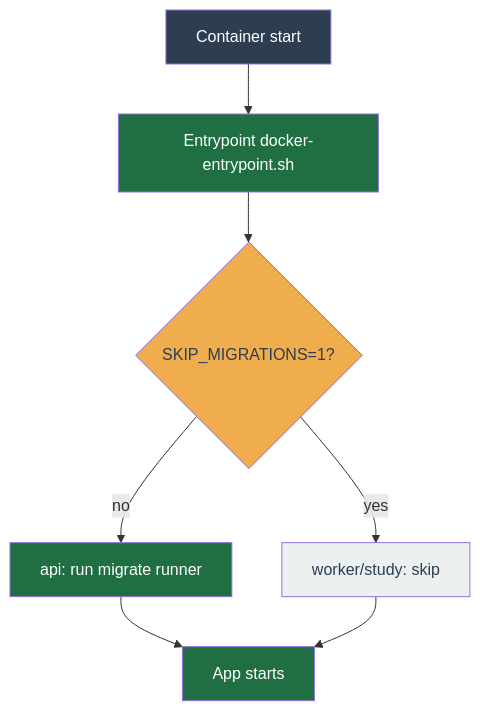
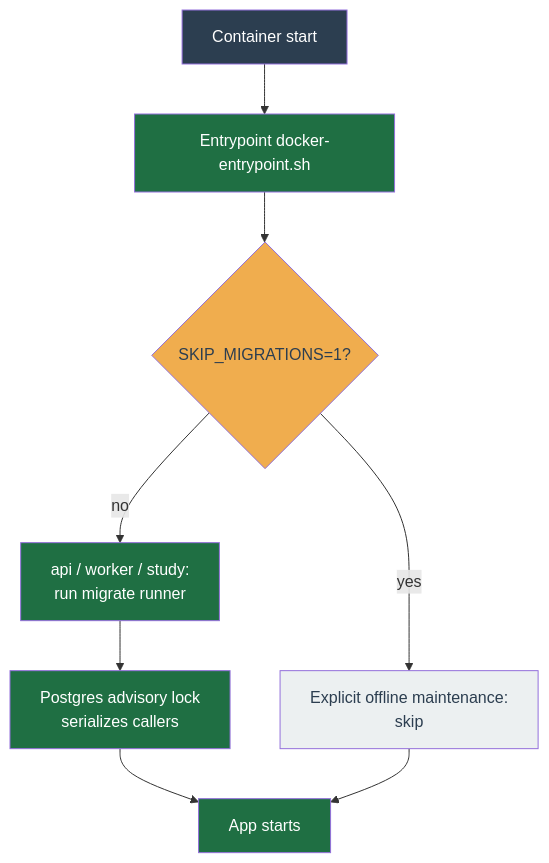
Before and after one commit to chrisleekr/binance-trading-bot: the diagram in docs/operations/deploy.md, drawn with Mermaid. The commit also changed other lines of this file and 556 other files, not shown here.

````diff
--- a/docs/operations/deploy.md
+++ b/docs/operations/deploy.md
@@ -60,19 +62,20 @@
 ```mermaid
 flowchart TD
     Start["Container start"]:::io
     Entry["Entrypoint docker-entrypoint.sh"]:::core
     SkipGate{"SKIP_MIGRATIONS=1?"}:::gate
-    ApiRun["api: run migrate runner"]:::act
-    WorkerSkip["worker/study: skip"]:::wait
+    RoleRun["api / worker / study:<br/>run migrate runner"]:::act
+    Lock["Postgres advisory lock<br/>serializes callers"]:::core
+    MaintenanceSkip["Explicit offline maintenance:<br/>skip"]:::wait
     AppStart["App starts"]:::act
 
     Start --> Entry --> SkipGate
-    SkipGate -- "no" --> ApiRun --> AppStart
-    SkipGate -- "yes" --> WorkerSkip --> AppStart
+    SkipGate -- "no" --> RoleRun --> Lock --> AppStart
+    SkipGate -- "yes" --> MaintenanceSkip --> AppStart
 
     classDef io fill:#2c3e50,color:#ffffff;
     classDef core fill:#1f6f43,color:#ffffff;
     classDef gate fill:#f0ad4e,color:#2c3e50;
     classDef act fill:#1f6f43,color:#ffffff;
     classDef wait fill:#ecf0f1,color:#2c3e50;
 ```
````
